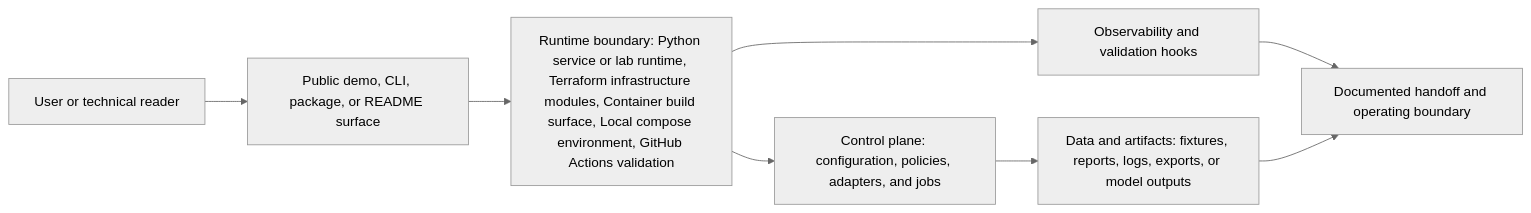
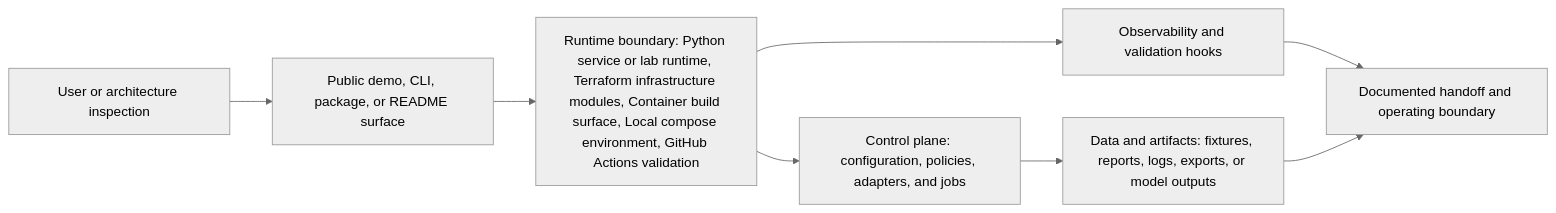
Before and after one commit to KIM3310/secure-xl2hwp-local: the diagram in docs/system-architecture.md, drawn with Mermaid (neutral theme). The commit also changed 11 other files, not shown here.

Commit message:
Polish architecture-centered repository surfaces

````diff
--- a/docs/system-architecture.md
+++ b/docs/system-architecture.md
@@ -18,10 +18,10 @@
 ```mermaid
 flowchart LR
-    User["User or technical reader"] --> Surface["Public demo, CLI, package, or README surface"]
+    User["User or architecture inspection"] --> Surface["Public demo, CLI, package, or README surface"]
     Surface --> Runtime["Runtime boundary: Python service or lab runtime, Terraform infrastructure modules, Container build surface, Local compose environment, GitHub Actions validation"]
     Runtime --> Control["Control plane: configuration, policies, adapters, and jobs"]
     Control --> Data["Data and artifacts: fixtures, reports, logs, exports, or model outputs"]
     Runtime --> Observability["Observability and validation hooks"]
     Observability --> Handoff["Documented handoff and operating boundary"]
     Data --> Handoff
 ```
````
